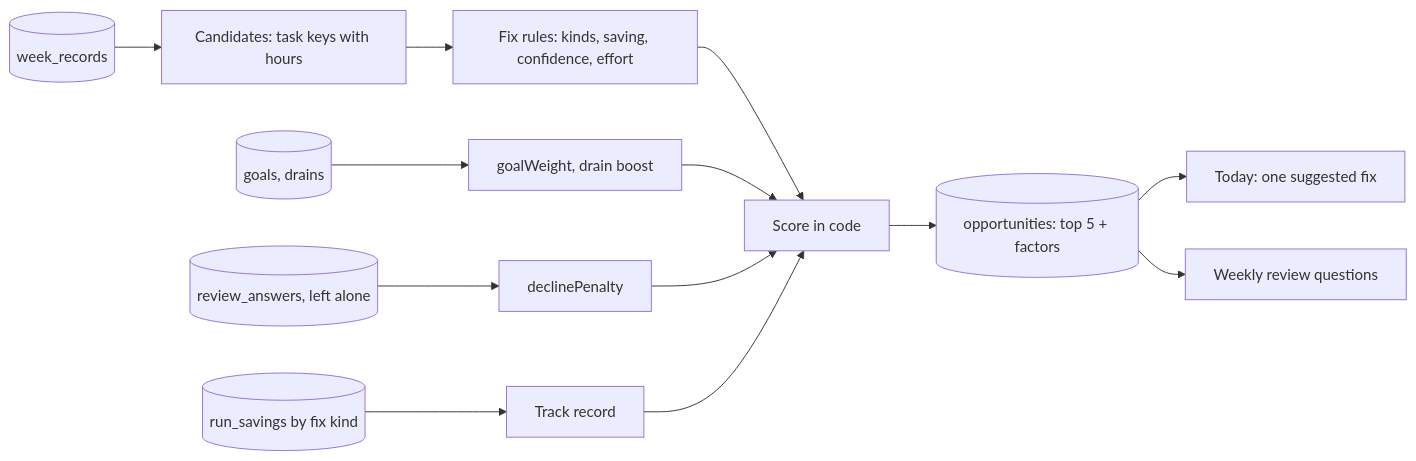
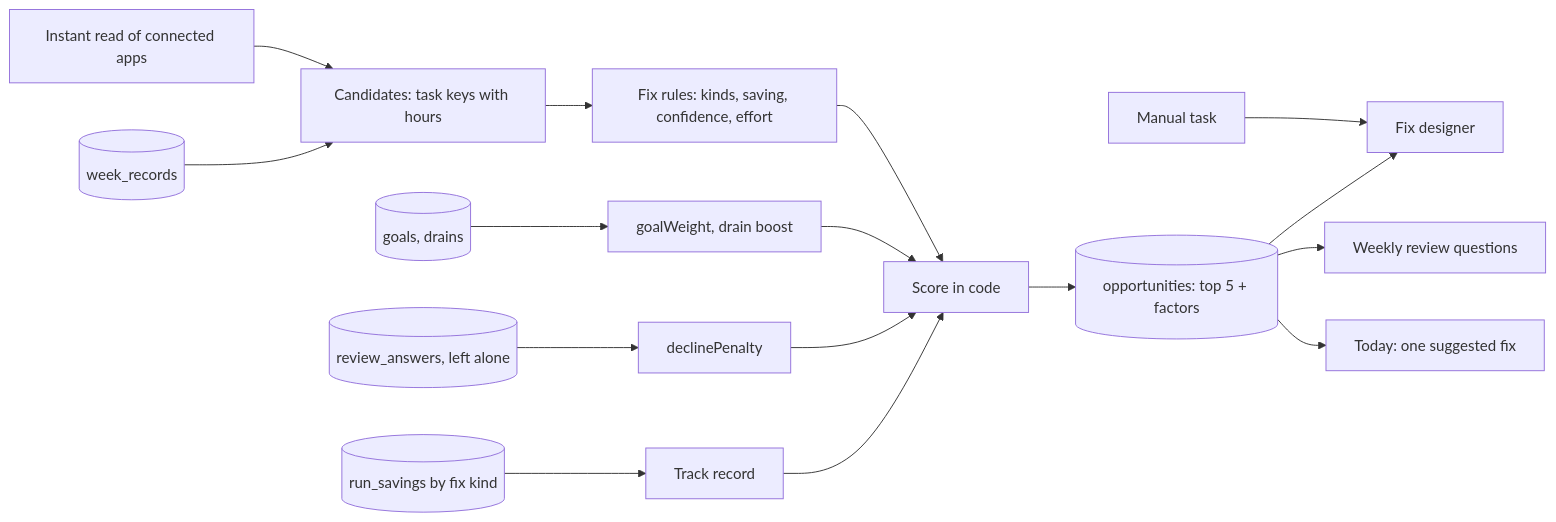
The seventh of 21 diagrams in docs/ARCHITECTURE.md (tabani-png/offload-v2), drawn with Mermaid before and after one commit. The commit also changed other lines of this file and 11 other files, not shown here.

Commit message:
docs: architecture, data model, API, roadmap, open questions OQ-23 to OQ-26, glossary, README, agent rules (Claude Code standing rule)

````diff
--- a/docs/ARCHITECTURE.md
+++ b/docs/ARCHITECTURE.md
@@ -255,15 +354,18 @@
 ```mermaid
 flowchart LR
   WEEK[(week_records)] --> CAND[Candidates: task keys with hours]
+  MAN[Manual task] --> FDS[Fix designer]
+  IR[Instant read of connected apps] --> CAND
   CAND --> RULES[Fix rules: kinds, saving, confidence, effort]
   PROF[(goals, drains)] --> GW[goalWeight, drain boost]
   ANS[(review_answers, left alone)] --> DP[declinePenalty]
   OUT[(run_savings by fix kind)] --> TR[Track record]
   RULES --> SC[Score in code]
   GW --> SC
   DP --> SC
   TR --> SC
   SC --> OPP[(opportunities: top 5 + factors)]
   OPP --> TODAY[Today: one suggested fix]
   OPP --> REV[Weekly review questions]
+  OPP --> FDS
 ```
````
